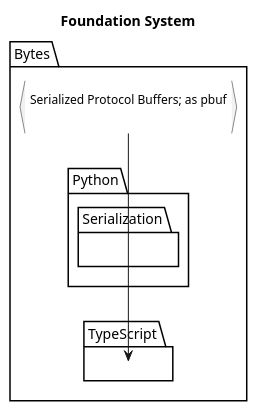
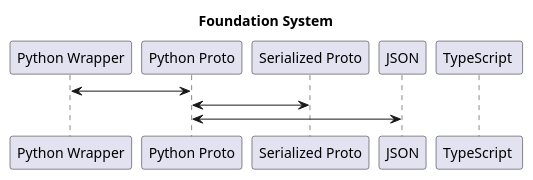
The diagram in diagram.wsd (instabase/foundation), drawn with PlantUML before and after one commit. The commit also changed 1 other file, not shown here.

```diff
--- a/diagram.wsd
+++ b/diagram.wsd
@@ -1,19 +1,15 @@
 @startuml
 
 title Foundation System
 
-package "Bytes" {
-  :Serialized Protocol Buffers; as pbuf
-}
+participant "Python Wrapper" as py
+participant "Python Proto" as pyproto
+participant "Serialized Proto" as proto
+participant "JSON" as json
+participant "TypeScript "
 
-package "Python" {
-  package "Serialization" {
-
-  }
-}
-
-package "TypeScript" {
-
-}
+py <-> pyproto
+pyproto <-> proto
+pyproto <-> json
 
 @enduml
```
